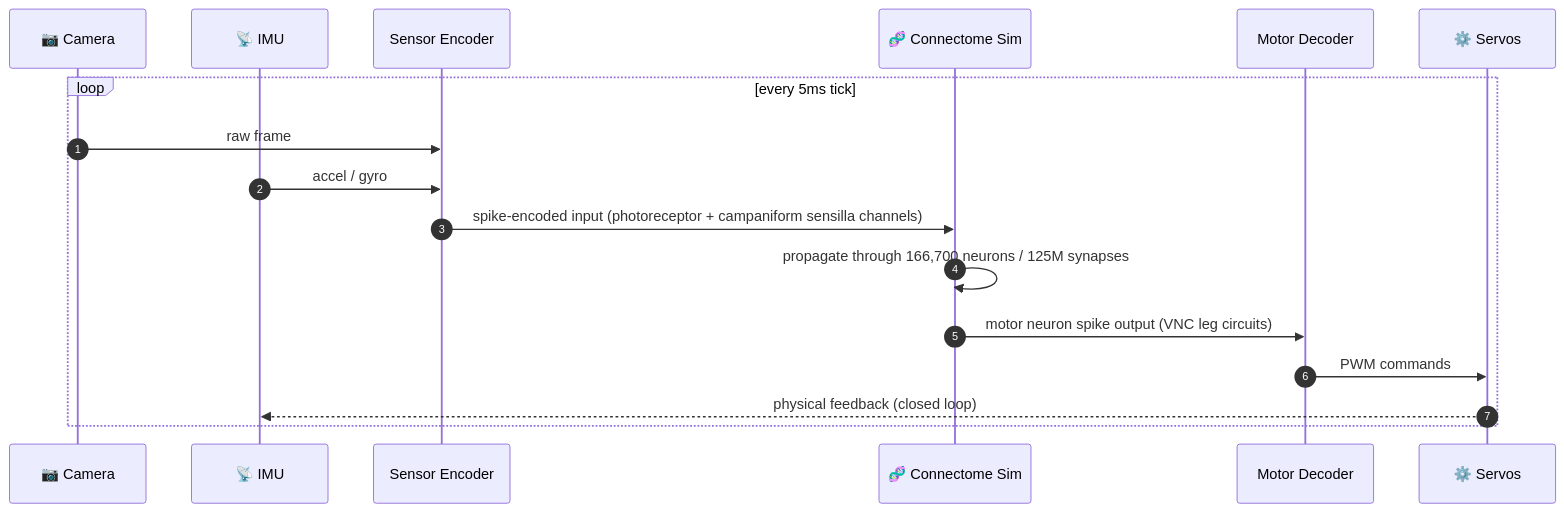
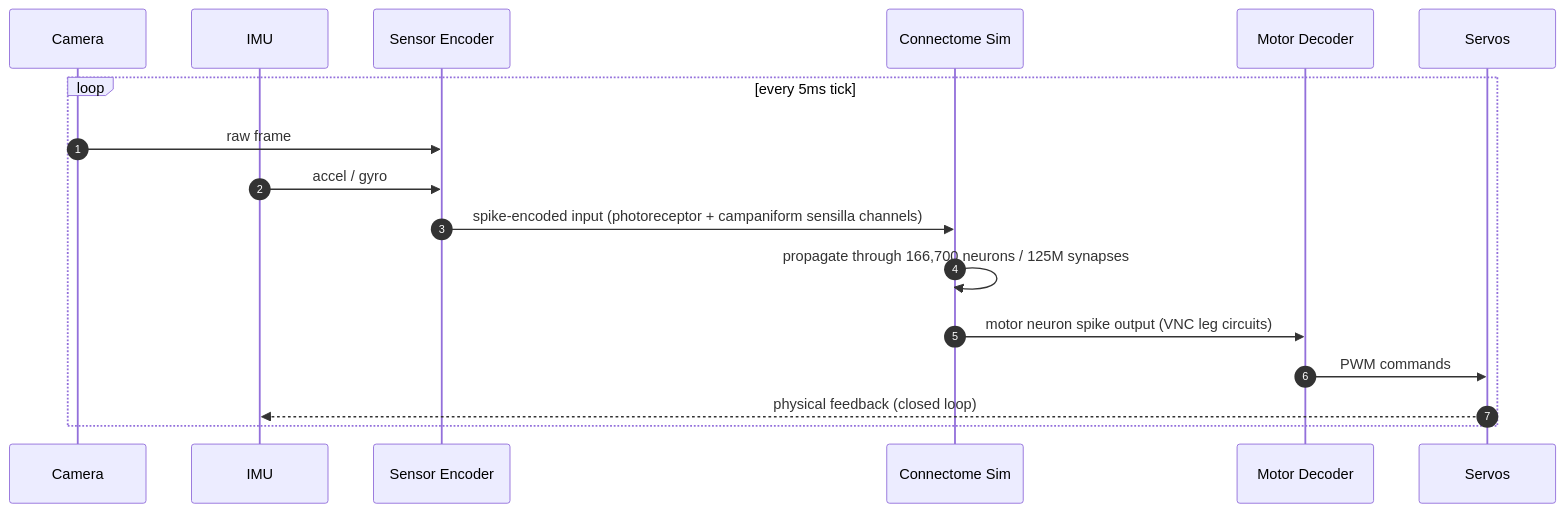
Before and after one commit to NatalieGX/Luna: the second of 2 diagrams in README.md, drawn with Mermaid. The commit also changed other lines of this file and 1 other file, not shown here.

````diff
--- a/README.md
+++ b/README.md
@@ -122,20 +121,20 @@
 ```mermaid
 sequenceDiagram
     autonumber
-    participant Cam as 📷 Camera
-    participant IMU as 📡 IMU
+    participant Cam as Camera
+    participant IMU as IMU
     participant Enc as Sensor Encoder
-    participant Brain as 🧬 Connectome Sim
+    participant Brain as Connectome Sim
     participant Dec as Motor Decoder
-    participant Legs as ⚙️ Servos
+    participant Legs as Servos
 
     loop every 5ms tick
         Cam->>Enc: raw frame
         IMU->>Enc: accel / gyro
         Enc->>Brain: spike-encoded input (photoreceptor + campaniform sensilla channels)
         Brain->>Brain: propagate through 166,700 neurons / 125M synapses
         Brain->>Dec: motor neuron spike output (VNC leg circuits)
         Dec->>Legs: PWM commands
         Legs-->>IMU: physical feedback (closed loop)
     end
 ```
````
